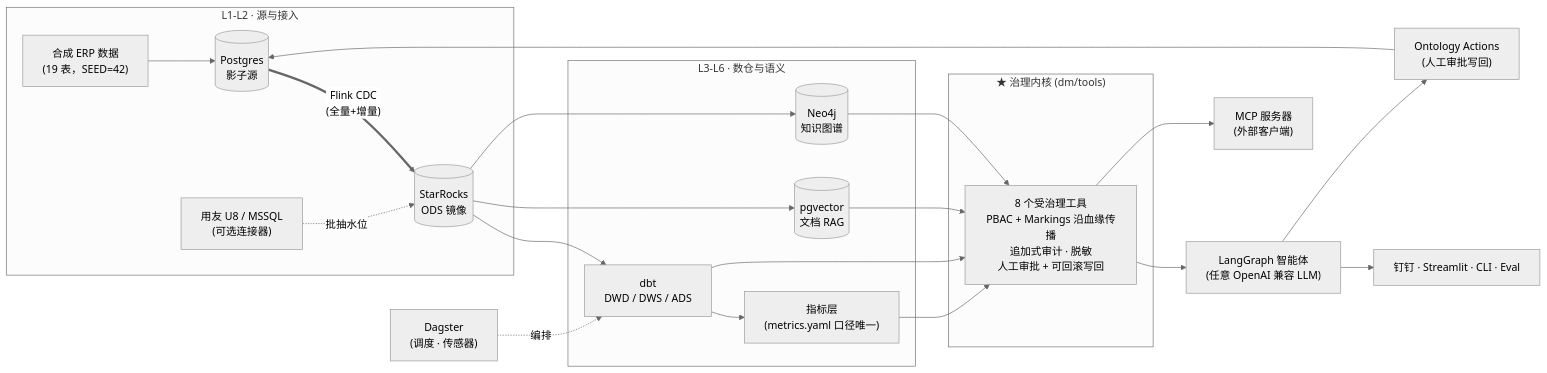
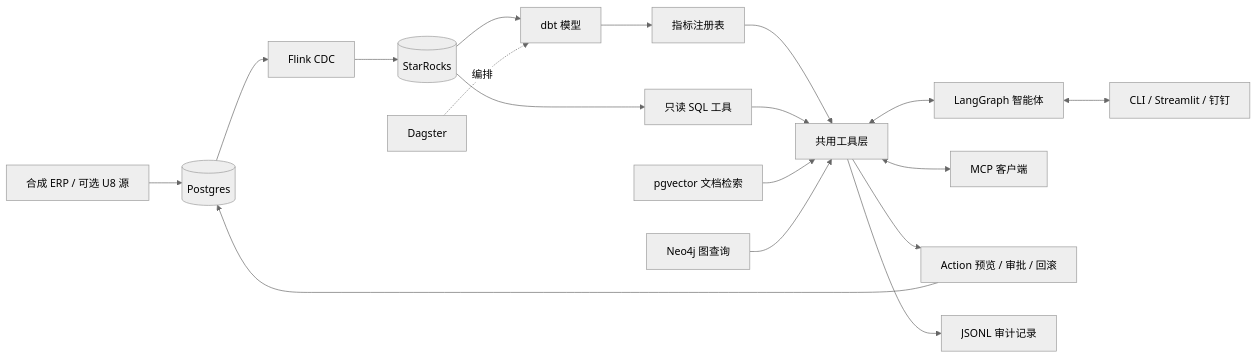
The diagram in README.zh-CN.md (Leonxu6/datasteward), drawn with Mermaid (neutral theme) before and after one commit. The commit also changed other lines of this file and 1 other file, not shown here.

````diff
--- a/README.zh-CN.md
+++ b/README.zh-CN.md
@@ -27,27 +33,17 @@
 ```mermaid
 flowchart LR
-    subgraph sources ["L1-L2 · 源与接入"]
-        SYN["合成 ERP 数据<br/>(19 表，SEED=42)"] --> PG[("Postgres<br/>影子源")]
-        U8["用友 U8 / MSSQL<br/>(可选连接器)"] -.批抽水位.-> SR
-        PG =="Flink CDC<br/>(全量+增量)"==> SR
-    end
-    subgraph warehouse ["L3-L6 · 数仓与语义"]
-        SR[("StarRocks<br/>ODS 镜像")] --> DBT["dbt<br/>DWD / DWS / ADS"]
-        DBT --> MET["指标层<br/>(metrics.yaml 口径唯一)"]
-        SR --> VEC[("pgvector<br/>文档 RAG")]
-        SR --> KG[("Neo4j<br/>知识图谱")]
-    end
-    subgraph kernel ["★ 治理内核 (dm/tools)"]
-        GOV["8 个受治理工具<br/>PBAC + Markings 沿血缘传播<br/>追加式审计 · 脱敏<br/>人工审批 + 可回滚写回"]
-    end
-    MET --> GOV
-    VEC --> GOV
-    KG --> GOV
-    DBT --> GOV
-    GOV --> AGENT["LangGraph 智能体<br/>(任意 OpenAI 兼容 LLM)"]
-    GOV --> MCP["MCP 服务器<br/>(外部客户端)"]
-    AGENT --> CH["钉钉 · Streamlit · CLI · Eval"]
-    WB["Ontology Actions<br/>(人工审批写回)"] --> PG
-    AGENT --> WB
-    DAG["Dagster<br/>(调度 · 传感器)"] -.编排.-> DBT
+    ERP["合成 ERP / 可选 U8 源"] --> PG[(Postgres)]
+    PG --> CDC["Flink CDC"] --> SR[(StarRocks)]
+    SR --> DBT["dbt 模型"] --> MET["指标注册表"]
+    SR --> SQL["只读 SQL 工具"]
+    MET --> K["共用工具层"]
+    SQL --> K
+    RAG["pgvector 文档检索"] --> K
+    KG["Neo4j 图查询"] --> K
+    K <--> AGENT["LangGraph 智能体"]
+    K <--> MCP["MCP 客户端"]
+    AGENT <--> UI["CLI / Streamlit / 钉钉"]
+    K --> ACT["Action 预览 / 审批 / 回滚"] --> PG
+    K --> AUDIT["JSONL 审计记录"]
+    DAG["Dagster"] -. 编排 .-> DBT
 ```
````
